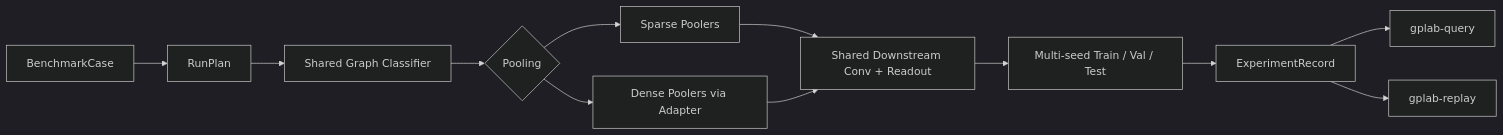
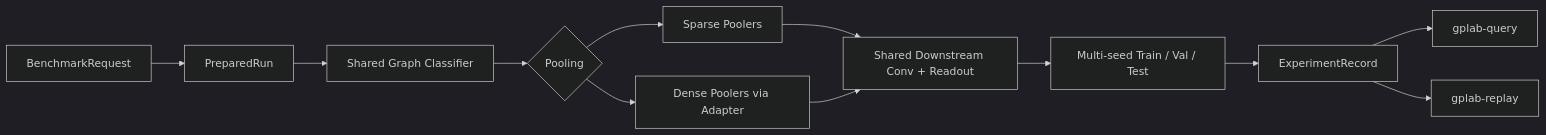
Before and after one commit to ChenYizhu97/Graph-Pooling-Lab: the diagram in README.md, drawn with Mermaid (dark theme). The commit also changed other lines of this file and 13 other files, not shown here.

Commit message:
Introduce benchmark request flow

````diff
--- a/README.md
+++ b/README.md
@@ -11,14 +11,14 @@
 ```mermaid
 flowchart LR
-    A["BenchmarkCase"] --> B["RunPlan"]
+    A["BenchmarkRequest"] --> B["PreparedRun"]
     B --> C["Shared Graph Classifier"]
     C --> D{"Pooling"}
     D --> E["Sparse Poolers"]
     D --> F["Dense Poolers via Adapter"]
     E --> G["Shared Downstream Conv + Readout"]
     F --> G
     G --> H["Multi-seed Train / Val / Test"]
     H --> I["ExperimentRecord"]
     I --> J["gplab-query"]
     I --> K["gplab-replay"]
 ```
````
